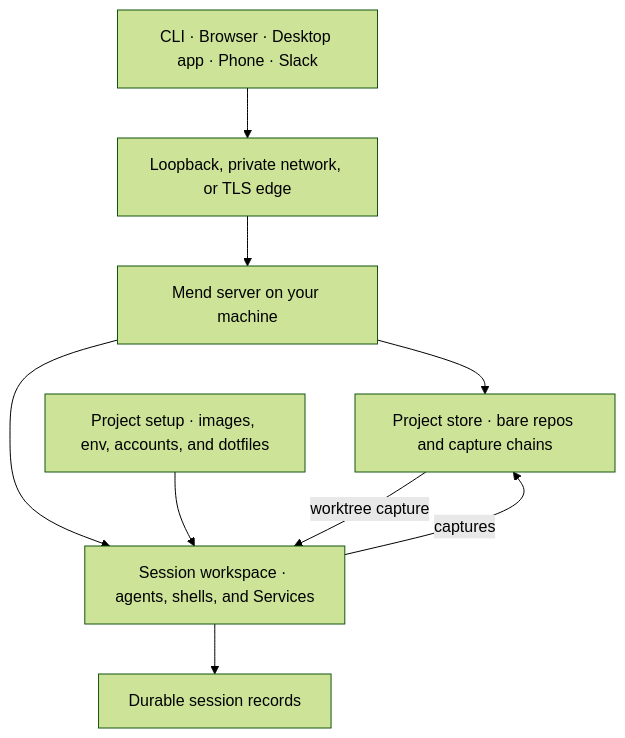
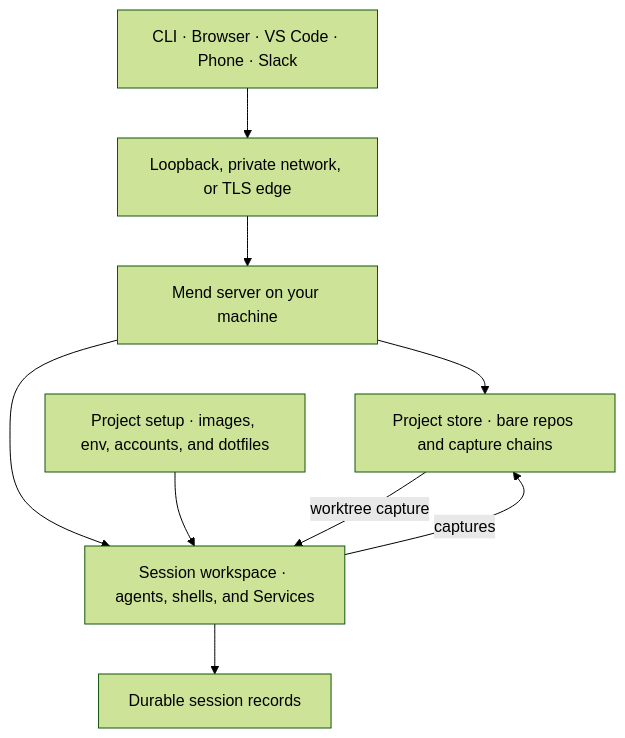
The first of 2 diagrams in apps/docs/src/content/docs/index.md (sealant-sh/mend), drawn with Mermaid (forest theme) before and after one commit. The commit also changed other lines of this file and 45 other files, not shown here.

````diff
--- a/apps/docs/src/content/docs/index.md
+++ b/apps/docs/src/content/docs/index.md
@@ -41,18 +42,18 @@
 ```mermaid
 flowchart TB
-  clients[CLI · Browser · Desktop app · Phone · Slack]
+  clients[CLI · Browser · VS Code · Phone · Slack]
   network[Loopback, private network, or TLS edge]
   mend[Mend server on your machine]
   store[Project store · bare repos and capture chains]
   setup[Project setup · images, env, accounts, and dotfiles]
   workspace[Session workspace · agents, shells, and Services]
   records[Durable session records]
 
   clients --> network --> mend
   mend --> store
   mend --> workspace
   setup --> workspace
   store -->|worktree capture| workspace
   workspace -->|captures| store
   workspace --> records
 ```
````
